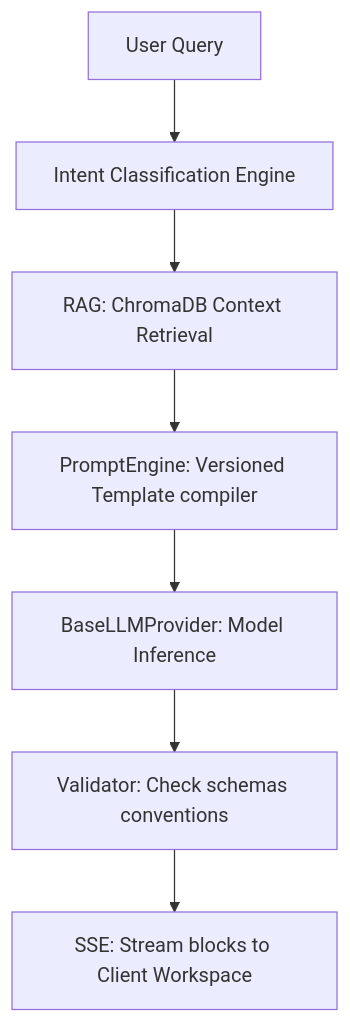
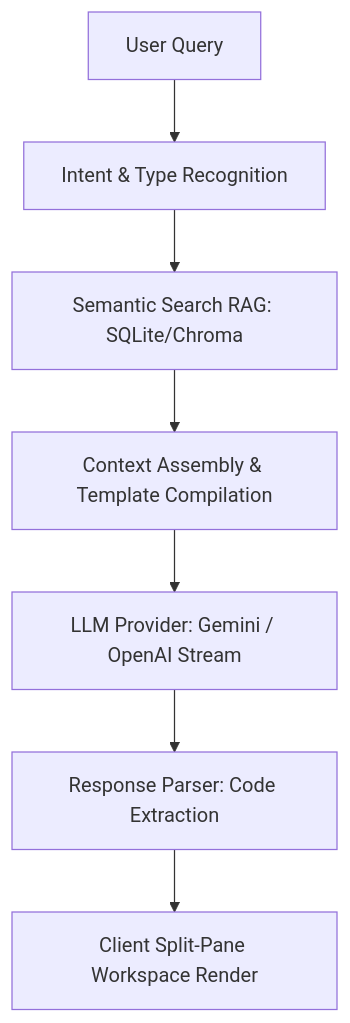
One commit to Shanu231/MetaPilot changed the second of 2 diagrams in README.md. Above: the diagram before and after it, drawn with Mermaid. The commit also changed other lines of this file and 12 other files, not shown here.

````diff
--- a/README.md
+++ b/README.md
@@ -290,9 +219,9 @@
 ```mermaid
 graph TD
-  Q[User Query] --> Intent[Intent Classification Engine]
-  Intent --> Search[RAG: ChromaDB Context Retrieval]
-  Search --> Prompt[PromptEngine: Versioned Template compiler]
-  Prompt --> LLM[BaseLLMProvider: Model Inference]
-  LLM --> Validate[Validator: Check schemas conventions]
-  Validate --> Stream[SSE: Stream blocks to Client Workspace]
+  User[User Query] --> Intent[Intent & Type Recognition]
+  Intent --> Vector[Semantic Search RAG: SQLite/Chroma]
+  Vector --> Context[Context Assembly & Template Compilation]
+  Context --> LLM[LLM Provider: Gemini / OpenAI Stream]
+  LLM --> Code[Response Parser: Code Extraction]
+  Code --> Client[Client Split-Pane Workspace Render]
 ```
````
